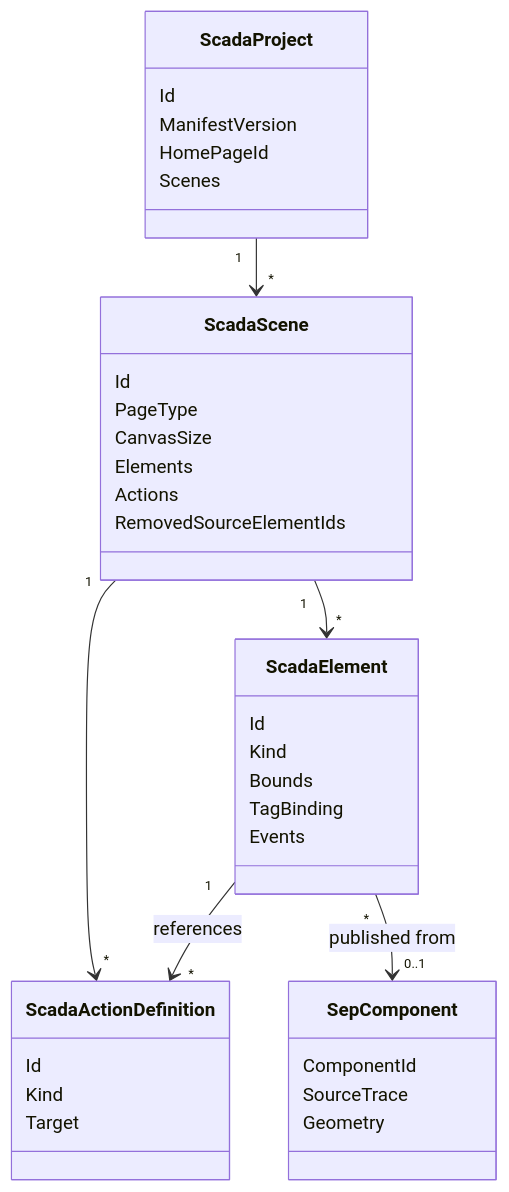
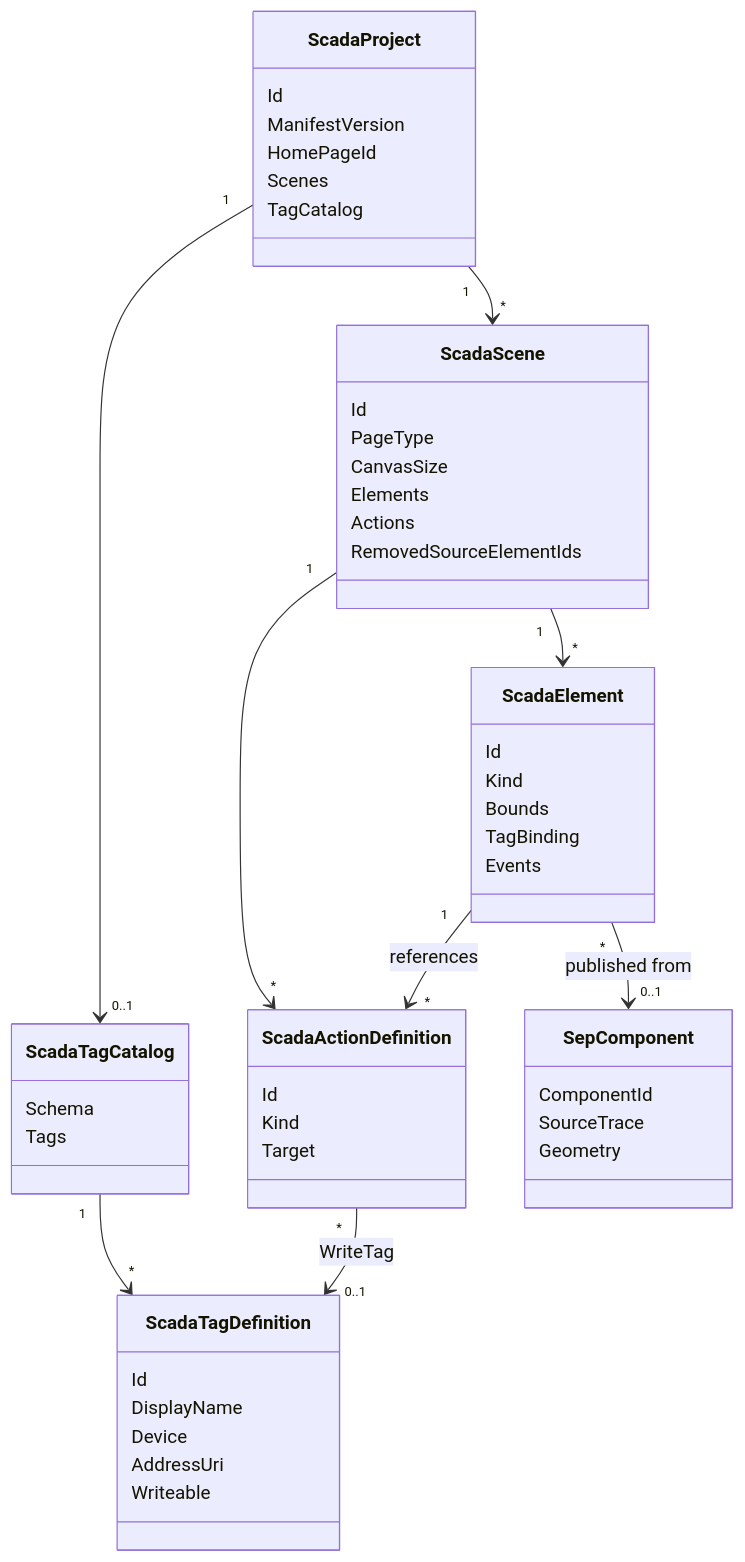
One commit to technologiesflorizon/scadabuilder changed the diagram in docs/02_architecture/DATA_MODEL_OVERVIEW_V2.md. Above: the diagram before and after it, drawn with Mermaid. The commit also changed other lines of this file and 29 other files, not shown here.

````diff
--- a/docs/02_architecture/DATA_MODEL_OVERVIEW_V2.md
+++ b/docs/02_architecture/DATA_MODEL_OVERVIEW_V2.md
@@ -23,39 +24,54 @@
 ```mermaid
 classDiagram
   class ScadaProject {
     Id
     ManifestVersion
     HomePageId
     Scenes
+    TagCatalog
+  }
+  class ScadaTagCatalog {
+    Schema
+    Tags
+  }
+  class ScadaTagDefinition {
+    Id
+    DisplayName
+    Device
+    AddressUri
+    Writeable
   }
   class ScadaScene {
     Id
     PageType
     CanvasSize
     Elements
     Actions
     RemovedSourceElementIds
   }
   class ScadaElement {
     Id
     Kind
     Bounds
     TagBinding
     Events
   }
   class ScadaActionDefinition {
     Id
     Kind
     Target
   }
   class SepComponent {
     ComponentId
     SourceTrace
     Geometry
   }
   ScadaProject "1" --> "*" ScadaScene
+  ScadaProject "1" --> "0..1" ScadaTagCatalog
+  ScadaTagCatalog "1" --> "*" ScadaTagDefinition
   ScadaScene "1" --> "*" ScadaElement
   ScadaScene "1" --> "*" ScadaActionDefinition
   ScadaElement "1" --> "*" ScadaActionDefinition : references
+  ScadaActionDefinition "*" --> "0..1" ScadaTagDefinition : WriteTag
   ScadaElement "*" --> "0..1" SepComponent : published from
 ```
````
